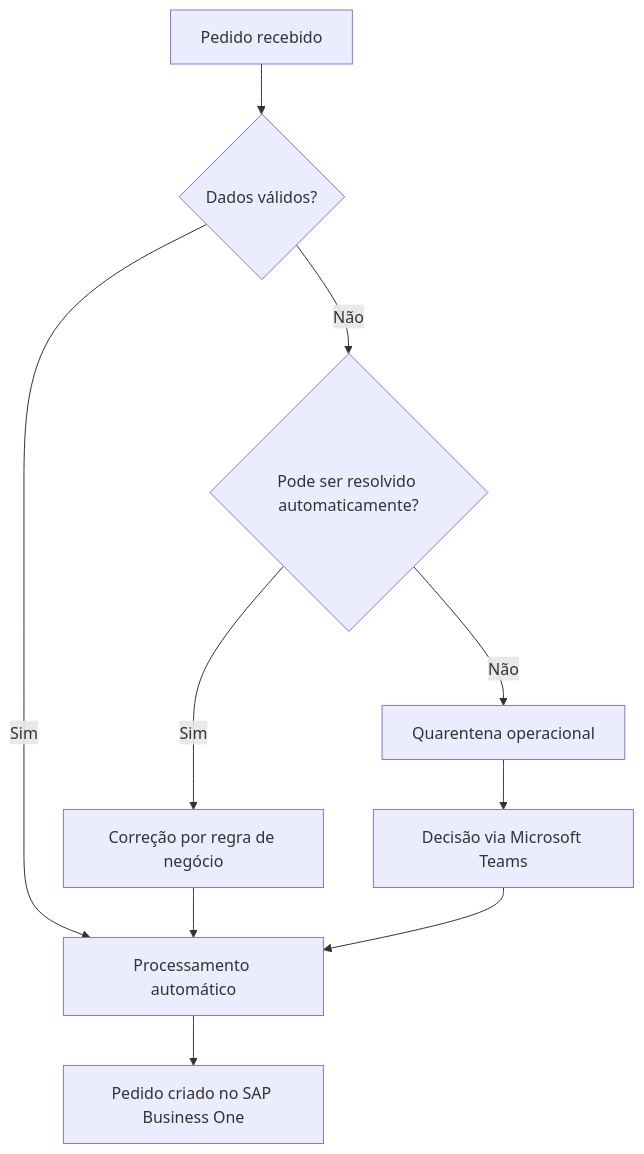
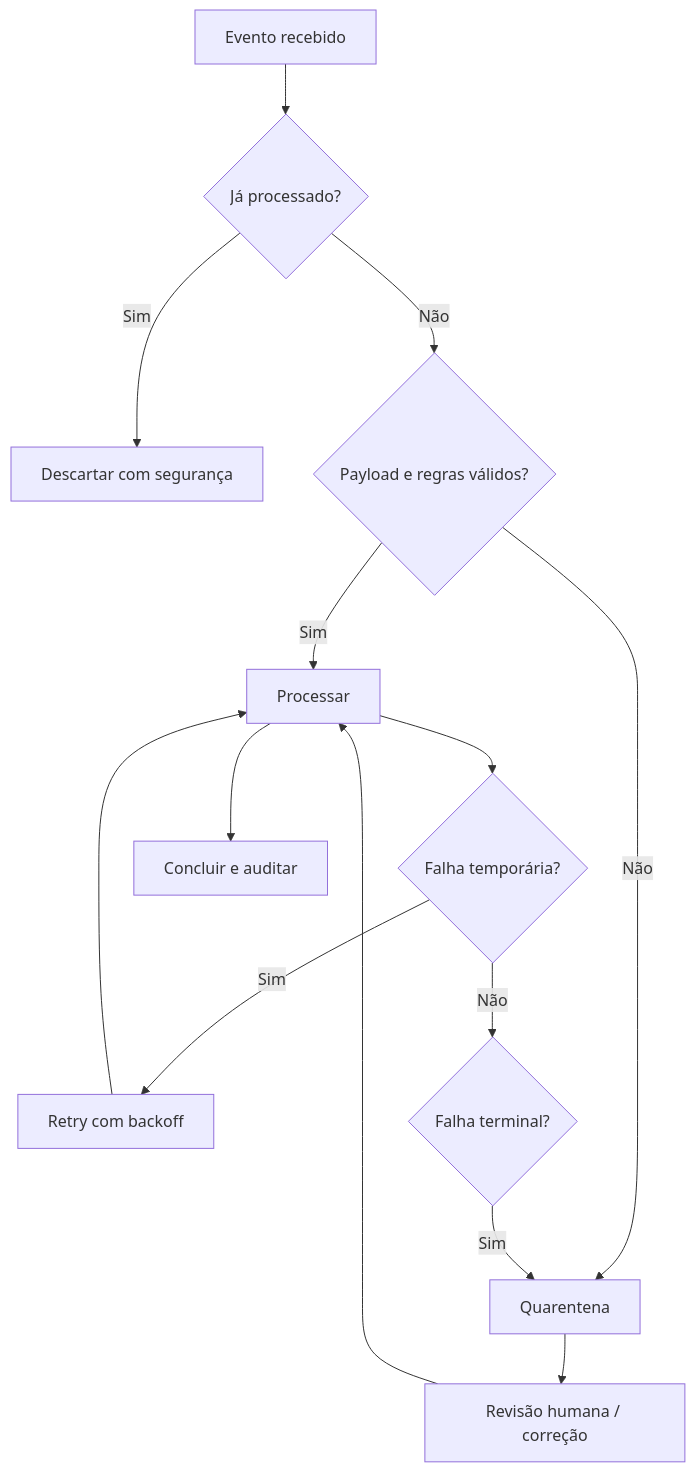
Before and after one commit to rmota13/sap-business-one-integration-platform: the third of 3 diagrams in README.md, drawn with Mermaid. The commit also changed other lines of this file, not shown here.

````diff
--- a/README.md
+++ b/README.md
@@ -103,16 +135,16 @@
 ```mermaid
 flowchart TD
-    EVENT[Pedido recebido] --> VALIDATION{Dados válidos?}
-
-    VALIDATION -->|Sim| PROCESS[Processamento automático]
-    VALIDATION -->|Não| CLASSIFY{Pode ser resolvido automaticamente?}
-
-    CLASSIFY -->|Sim| AUTO[Correção por regra de negócio]
-    AUTO --> PROCESS
-
-    CLASSIFY -->|Não| QUARANTINE[Quarentena operacional]
-    QUARANTINE --> TEAMS[Decisão via Microsoft Teams]
-    TEAMS --> PROCESS
-
-    PROCESS --> SAP[Pedido criado no SAP Business One]
+    E[Evento recebido] --> I{Já processado?}
+    I -->|Sim| D[Descartar com segurança]
+    I -->|Não| V{Payload e regras válidos?}
+    V -->|Sim| P[Processar]
+    V -->|Não| Q[Quarentena]
+    P --> X{Falha temporária?}
+    X -->|Sim| R[Retry com backoff]
+    X -->|Não| T{Falha terminal?}
+    T -->|Sim| Q
+    R --> P
+    P --> C[Concluir e auditar]
+    Q --> H[Revisão humana / correção]
+    H --> P
 ```
````
